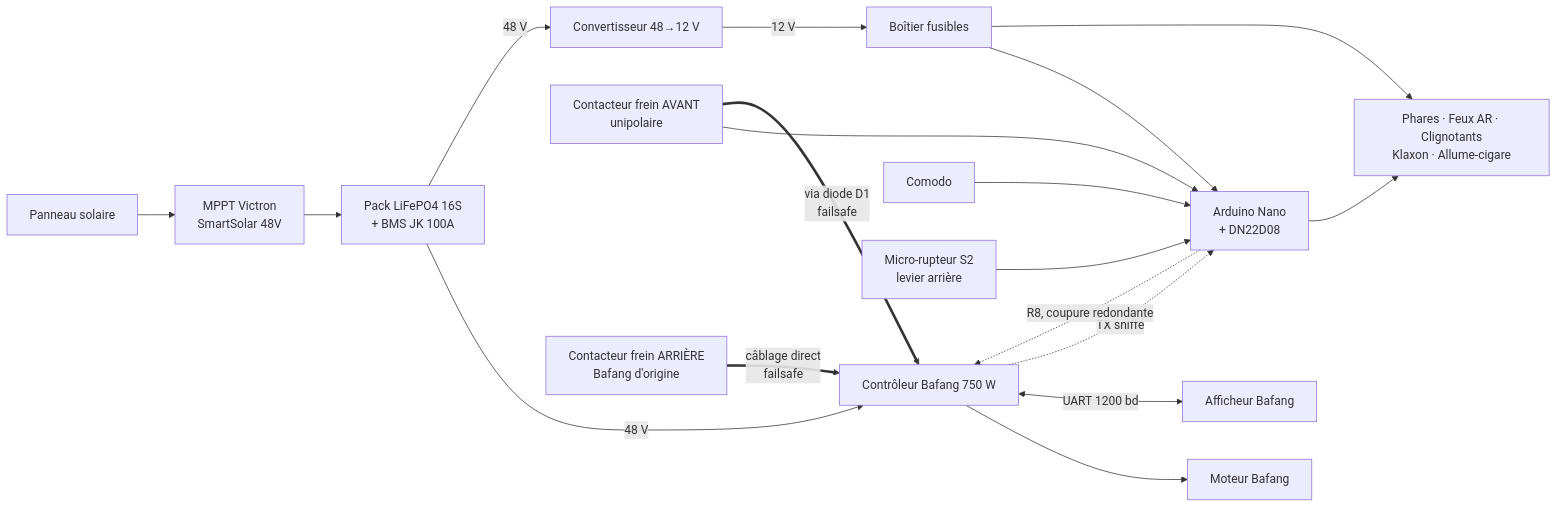
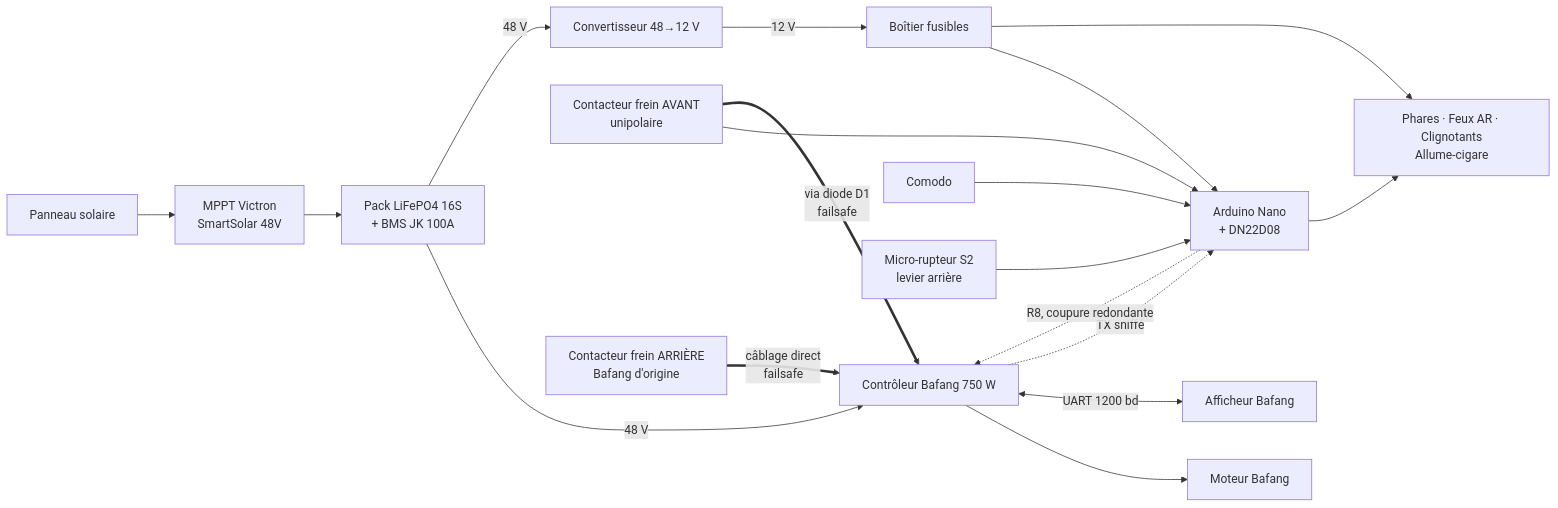
Before and after one commit to darkone-linux/vhelio-arduino: the diagram in specs/00-vue-densemble.md, drawn with Mermaid. The commit also changed other lines of this file and 21 other files, not shown here.

````diff
--- a/specs/00-vue-densemble.md
+++ b/specs/00-vue-densemble.md
@@ -85,20 +89,20 @@
 ```mermaid
 flowchart LR
   PV[Panneau solaire] --> MPPT[MPPT Victron<br/>SmartSolar 48V]
   MPPT --> PACK[Pack LiFePO4 16S<br/>+ BMS JK 100A]
   PACK -->|48 V| CTRL[Contrôleur Bafang 750 W]
   PACK -->|48 V| CONV[Convertisseur 48→12 V]
   CTRL --> MOT[Moteur Bafang]
   CTRL <-->|UART 1200 bd| DISP[Afficheur Bafang]
   CTRL -.->|TX sniffé| NANO
   CONV -->|12 V| FUSE[Boîtier fusibles]
   FUSE --> NANO[Arduino Nano<br/>+ DN22D08]
-  FUSE --> LOADS[Phares · Feux AR · Clignotants<br/>Klaxon · Allume-cigare]
+  FUSE --> LOADS[Phares · Feux AR · Clignotants<br/>Allume-cigare]
   COMODO[Comodo] --> NANO
   BAV[Contacteur frein AVANT<br/>unipolaire] --> NANO
   BAV ==>|via diode D1<br/>failsafe| CTRL
   BAR[Contacteur frein ARRIÈRE<br/>Bafang d'origine] ==>|câblage direct<br/>failsafe| CTRL
   S2[Micro-rupteur S2<br/>levier arrière] --> NANO
   NANO --> LOADS
   NANO -.->|R8, coupure redondante| CTRL
 ```
````
